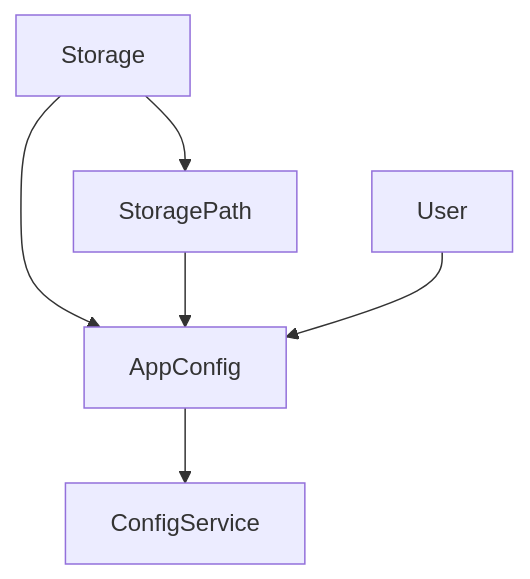
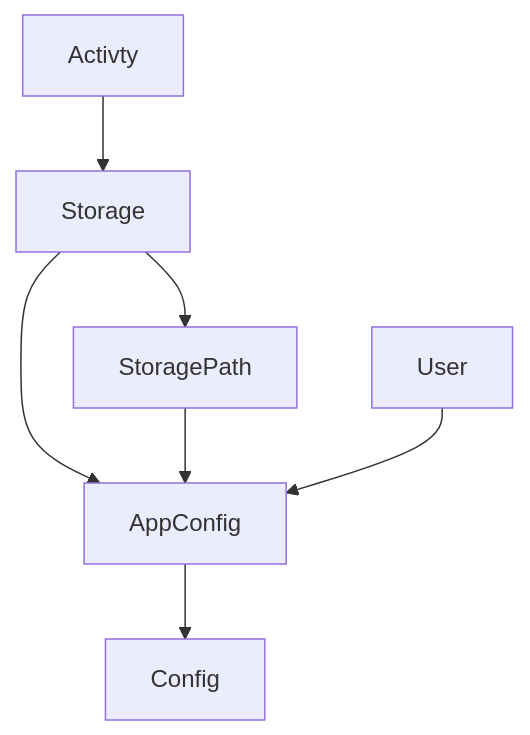
One commit to luetek/starter-web-app changed the diagram in apps/nest-app/ARCH.md. Above: the diagram before and after it, drawn with Mermaid. The commit also changed other lines of this file and 2 other files, not shown here.

````diff
--- a/apps/nest-app/ARCH.md
+++ b/apps/nest-app/ARCH.md
@@ -9,8 +9,9 @@
 ```mermaid
   graph TD;
+  Activty --> Storage
   Storage --> StoragePath;
   Storage --> AppConfig;
   StoragePath --> AppConfig;
   User--> AppConfig;
-  AppConfig --> ConfigService
+  AppConfig --> Config
 ```
````
